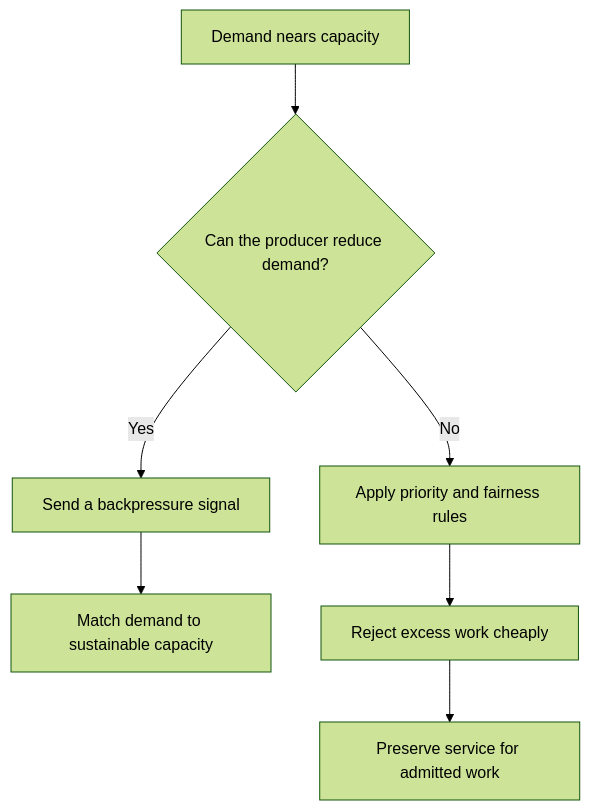
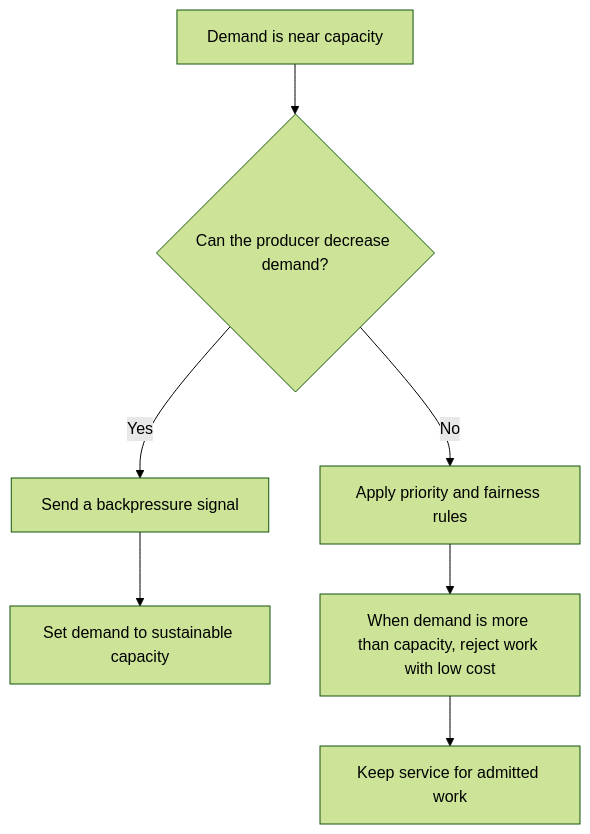
One commit to HomericIntelligence/Athena changed the diagram in docs/principles/details/p041-backpressure-and-load-shedding.md. Above: the diagram before and after it, drawn with Mermaid (forest theme). The commit also changed other lines of this file and 91 other files, not shown here.

````diff
--- a/docs/principles/details/p041-backpressure-and-load-shedding.md
+++ b/docs/principles/details/p041-backpressure-and-load-shedding.md
@@ -41,9 +43,9 @@
 ```mermaid
 flowchart TD
-    A["Demand nears capacity"] --> B{"Can the producer reduce demand?"}
+    A["Demand is near capacity"] --> B{"Can the producer decrease demand?"}
     B -- Yes --> C["Send a backpressure signal"]
-    C --> D["Match demand to sustainable capacity"]
+    C --> D["Set demand to sustainable capacity"]
     B -- No --> E["Apply priority and fairness rules"]
-    E --> F["Reject excess work cheaply"]
-    F --> G["Preserve service for admitted work"]
+    E --> F["When demand is more than capacity, reject work with low cost"]
+    F --> G["Keep service for admitted work"]
 ```
````
